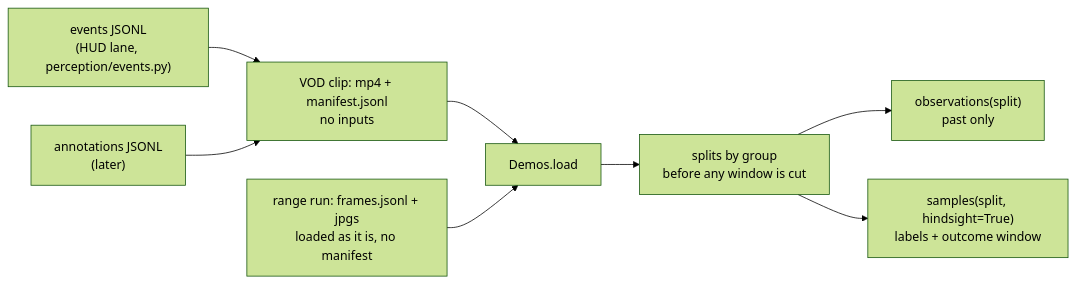
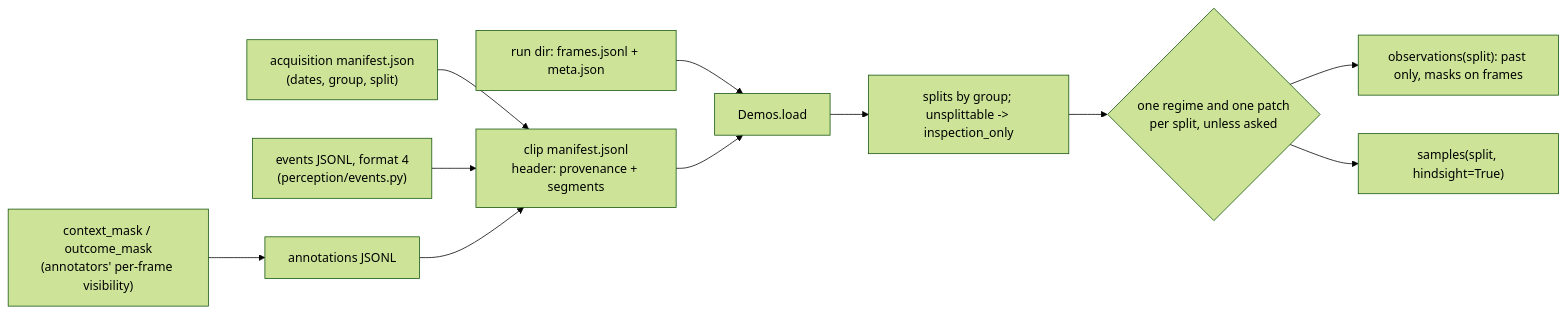
Before and after one commit to Volpestyle/rivals-agent: the diagram in docs/lanes/demos.md, drawn with Mermaid (forest theme). The commit also changed other lines of this file and 2 other files, not shown here.

First line of the commit message:
Dataset loader reads event format 4 and refuses what it cannot trust

````diff
--- a/docs/lanes/demos.md
+++ b/docs/lanes/demos.md
@@ -28,10 +28,13 @@
 ```mermaid
 flowchart LR
-  V["VOD clip: mp4 + manifest.jsonl<br/>no inputs"] --> L[Demos.load]
-  R["range run: frames.jsonl + jpgs<br/>loaded as it is, no manifest"] --> L
-  E["events JSONL<br/>(HUD lane, perception/events.py)"] --> V
-  A["annotations JSONL<br/>(later)"] --> V
-  L --> S["splits by group<br/>before any window is cut"]
-  S --> O["observations(split)<br/>past only"]
-  S --> H["samples(split, hindsight=True)<br/>labels + outcome window"]
+  A["acquisition manifest.json<br/>(dates, group, split)"] --> M["clip manifest.jsonl<br/>header: provenance + segments"]
+  E["events JSONL, format 4<br/>(perception/events.py)"] --> M
+  V["context_mask / outcome_mask<br/>(annotators' per-frame visibility)"] --> N["annotations JSONL"]
+  N --> M
+  R["run dir: frames.jsonl + meta.json"] --> L[Demos.load]
+  M --> L
+  L --> S["splits by group; unsplittable -> inspection_only"]
+  S --> G{"one regime and one patch<br/>per split, unless asked"}
+  G --> O["observations(split): past only, masks on frames"]
+  G --> H["samples(split, hindsight=True)"]
 ```
````
